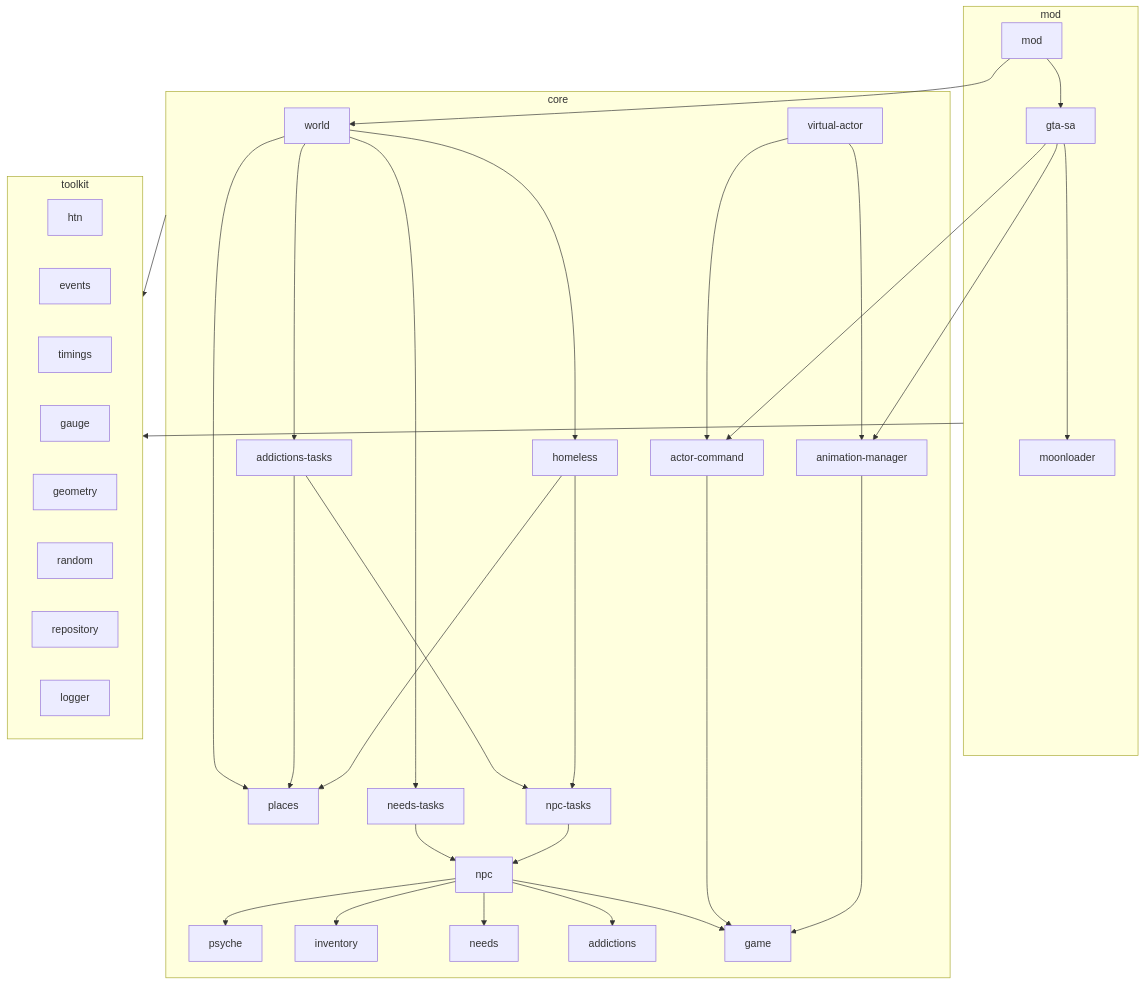
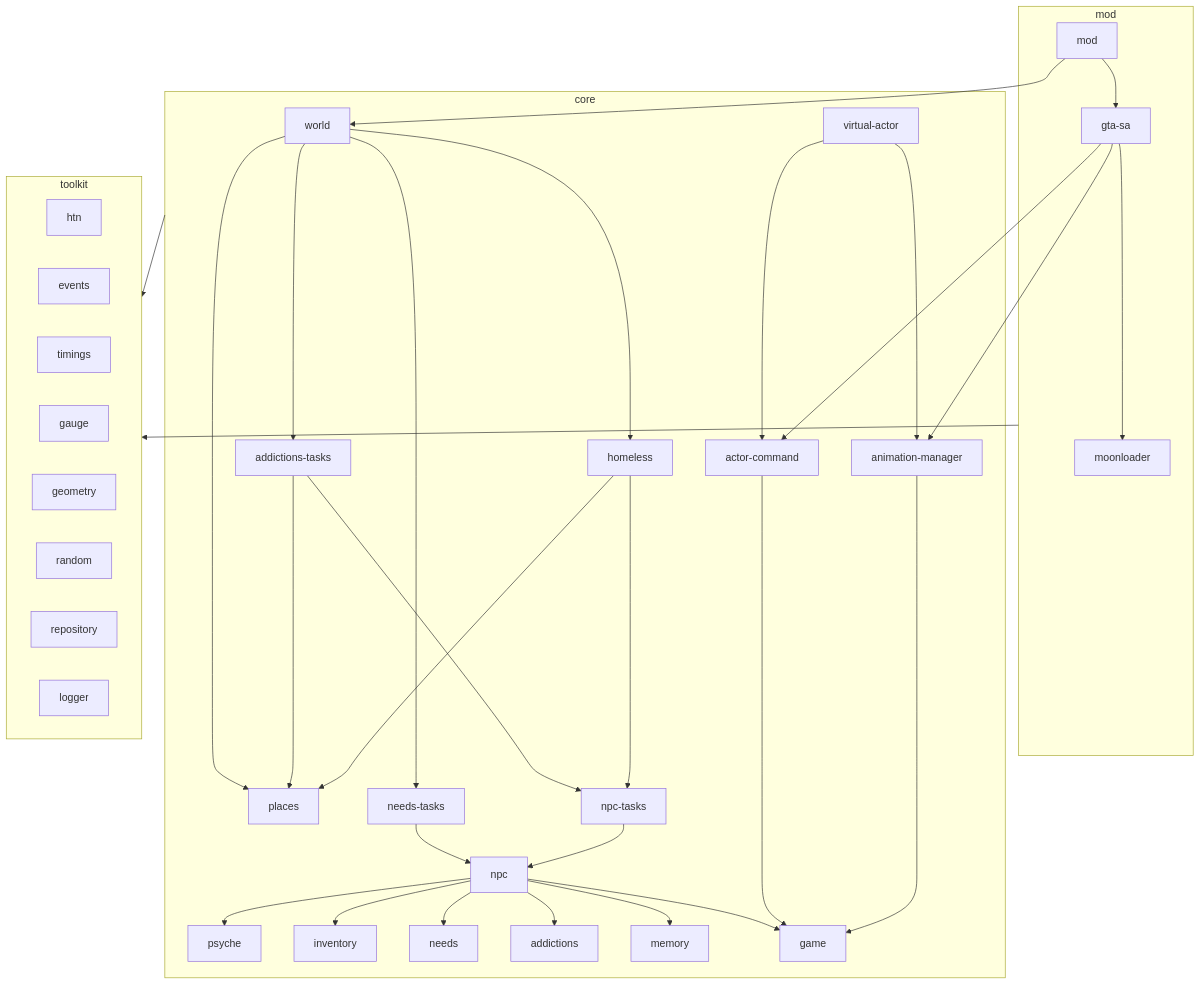
Before and after one commit to ivan-podgornov/peetland: the first of 2 diagrams in docs/architecture/index.md, drawn with Mermaid. The commit also changed 28 other files, not shown here.

First line of the commit message:
feat(memory): память NPC (#294)

````diff
--- a/docs/architecture/index.md
+++ b/docs/architecture/index.md
@@ -81,46 +81,47 @@
 ```mermaid
 flowchart TD
   subgraph mod
     modmod[mod] --> gtasa[gta-sa]
     gtasa --> moonloader
   end
 
   subgraph core
     world --> homeless
     world --> places
     world --> needstasks[needs-tasks]
     world --> addictionstasks[addictions-tasks]
     needstasks --> npc
     addictionstasks --> npctasks
     addictionstasks --> places
     homeless --> npctasks[npc-tasks]
     homeless --> places
     npctasks --> npc
     npc --> psyche
     npc --> inventory
     npc --> needs
     npc --> addictions
+    npc --> memory
     npc --> game
     virtualactor[virtual-actor] --> actorcommand[actor-command]
     virtualactor --> animationmanager[animation-manager]
     actorcommand --> game
     animationmanager --> game
   end
 
   subgraph toolkit
     htn
     events
     timings
     gauge
     geometry
     random
     repository
     logger
   end
 
   modmod --> world
   gtasa --> actorcommand
   gtasa --> animationmanager
   core --> toolkit
   mod --> toolkit
 ```
````
